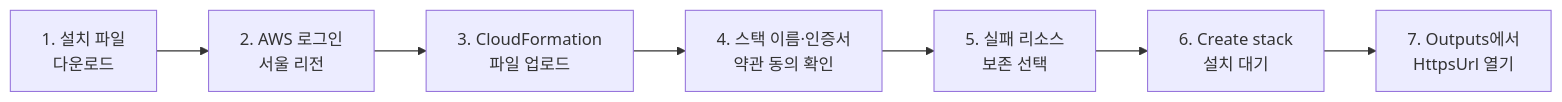
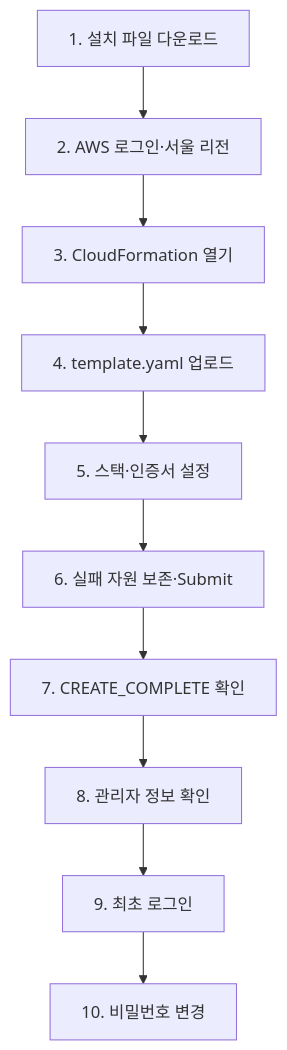
One commit to jusubkim94/qfieldcloud-self-hosting-for-arboreta changed the diagram in README.md. Above: the diagram before and after it, drawn with Mermaid. The commit also changed other lines of this file and 4 other files, not shown here.

````diff
--- a/README.md
+++ b/README.md
@@ -27,9 +19,12 @@
 ```mermaid
-flowchart LR
-    A[1. 설치 파일<br/>다운로드] --> B[2. AWS 로그인<br/>서울 리전]
-    B --> C[3. CloudFormation<br/>파일 업로드]
-    C --> D[4. 스택 이름·인증서<br/>약관 동의 확인]
-    D --> E[5. 실패 리소스<br/>보존 선택]
-    E --> F[6. Create stack<br/>설치 대기]
-    F --> G[7. Outputs에서<br/>HttpsUrl 열기]
+flowchart TD
+    A[1. 설치 파일 다운로드] --> B[2. AWS 로그인·서울 리전]
+    B --> C[3. CloudFormation 열기]
+    C --> D[4. template.yaml 업로드]
+    D --> E[5. 스택·인증서 설정]
+    E --> F[6. 실패 자원 보존·Submit]
+    F --> G[7. CREATE_COMPLETE 확인]
+    G --> H[8. 관리자 정보 확인]
+    H --> I[9. 최초 로그인]
+    I --> J[10. 비밀번호 변경]
 ```
````
